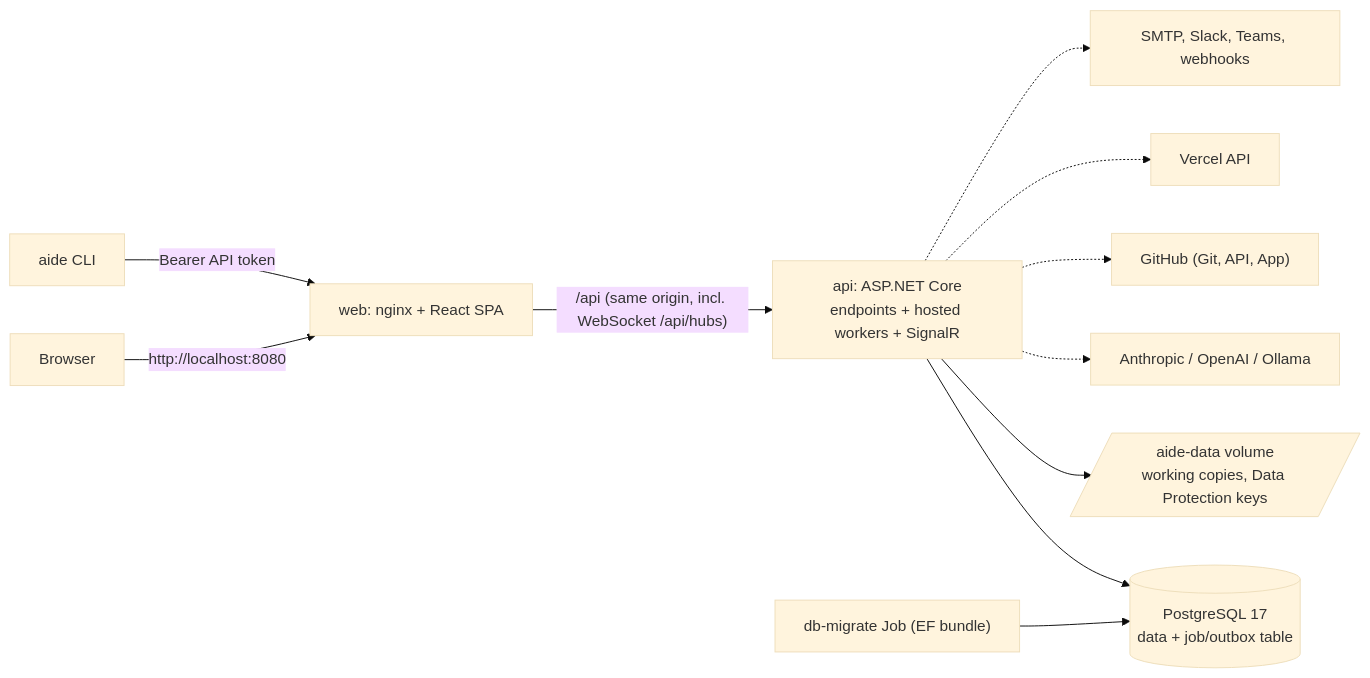
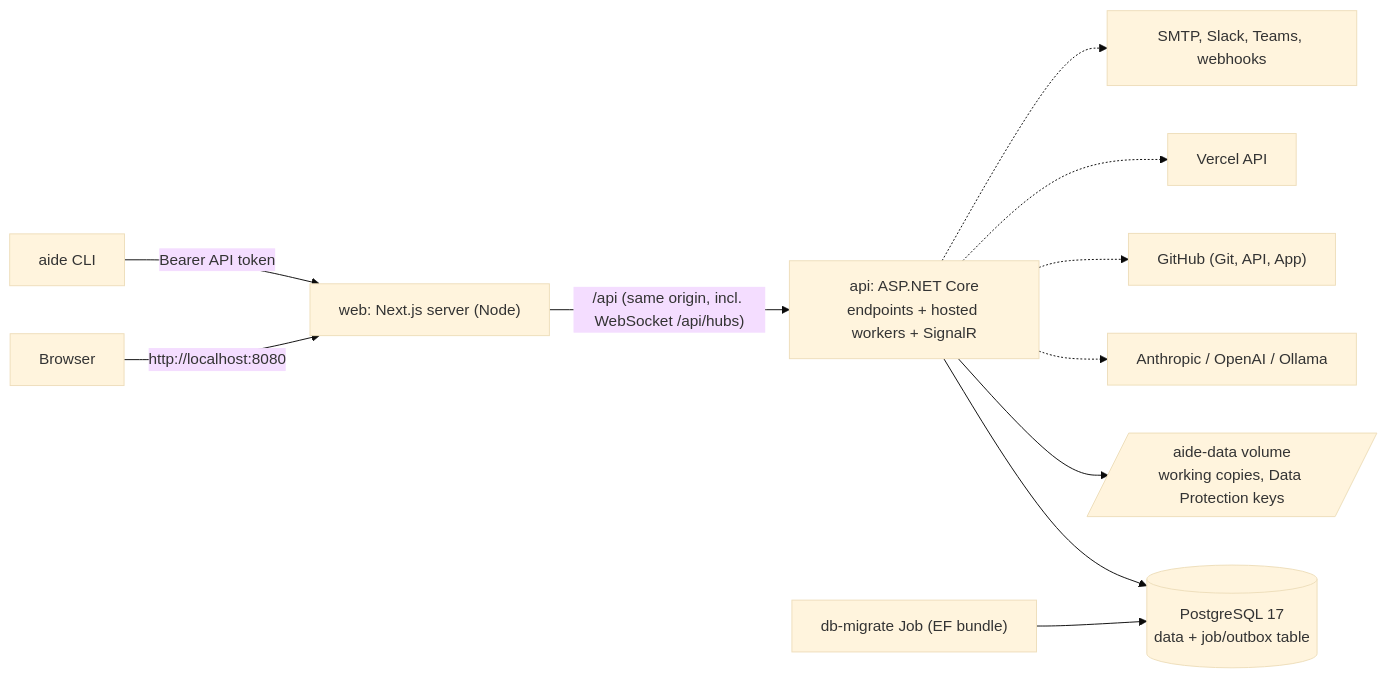
The diagram in README.md (BenFielder1/AI-Driven-Engineering-Platform), drawn with Mermaid (base theme) before and after one commit. The commit also changed other lines of this file and 239 other files, not shown here.

````diff
--- a/README.md
+++ b/README.md
@@ -30,13 +30,13 @@
 ```mermaid
 flowchart LR
-  Browser -->|"http://localhost:8080"| Web["web: nginx + React SPA"]
+  Browser -->|"http://localhost:8080"| Web["web: Next.js server (Node)"]
   Web -->|"/api (same origin, incl. WebSocket /api/hubs)"| Api["api: ASP.NET Core<br/>endpoints + hosted workers + SignalR"]
   CLI["aide CLI"] -->|"Bearer API token"| Web
   Api --> Db[("PostgreSQL 17<br/>data + job/outbox table")]
   Api --> Vol[/"aide-data volume<br/>working copies, Data Protection keys"/]
   Api -.-> LLM["Anthropic / OpenAI / Ollama"]
   Api -.-> GH["GitHub (Git, API, App)"]
   Api -.-> Vc["Vercel API"]
   Api -.-> Out["SMTP, Slack, Teams, webhooks"]
   Mig["db-migrate Job (EF bundle)"] --> Db
 ```
````
